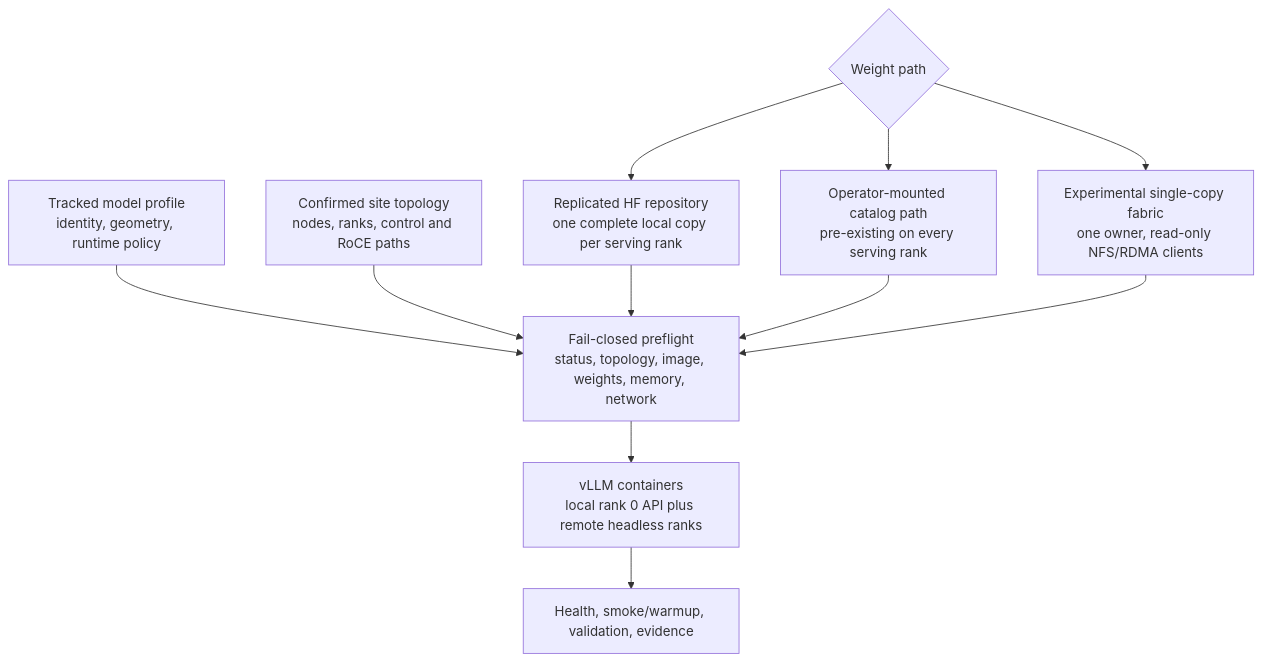
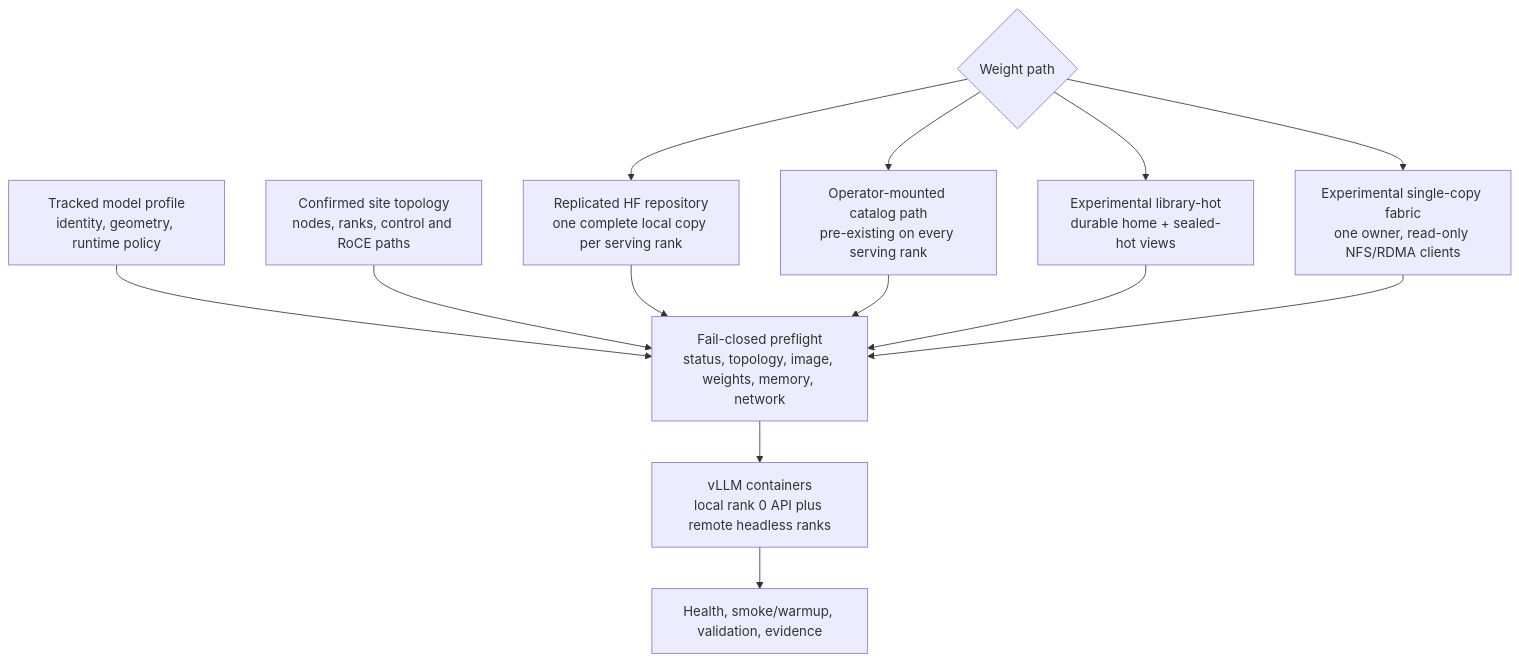
The diagram in docs/MODEL_CATALOG_DISTRIBUTION_LOADING_SPEC.md (luisefigueroa/pulsar-gb10-vllm-stack), drawn with Mermaid before and after one commit. The commit also changed other lines of this file and 5 other files, not shown here.

````diff
--- a/docs/MODEL_CATALOG_DISTRIBUTION_LOADING_SPEC.md
+++ b/docs/MODEL_CATALOG_DISTRIBUTION_LOADING_SPEC.md
@@ -111,19 +119,21 @@
 ```mermaid
 flowchart TD
     P["Tracked model profile\nidentity, geometry, runtime policy"]
     T["Confirmed site topology\nnodes, ranks, control and RoCE paths"]
     S{"Weight path"}
     R["Replicated HF repository\none complete local copy per serving rank"]
     C["Operator-mounted catalog path\npre-existing on every serving rank"]
+    L["Experimental library-hot\ndurable home + sealed-hot views"]
     F["Experimental single-copy fabric\none owner, read-only NFS/RDMA clients"]
     G["Fail-closed preflight\nstatus, topology, image, weights, memory, network"]
     V["vLLM containers\nlocal rank 0 API plus remote headless ranks"]
     E["Health, smoke/warmup, validation, evidence"]
 
     P --> G
     T --> G
     S --> R --> G
     S --> C --> G
+    S --> L --> G
     S --> F --> G
     G --> V --> E
 ```
````
